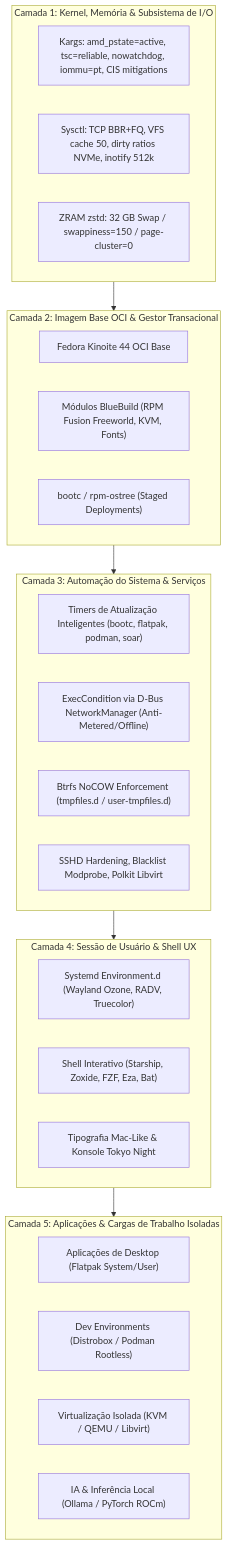
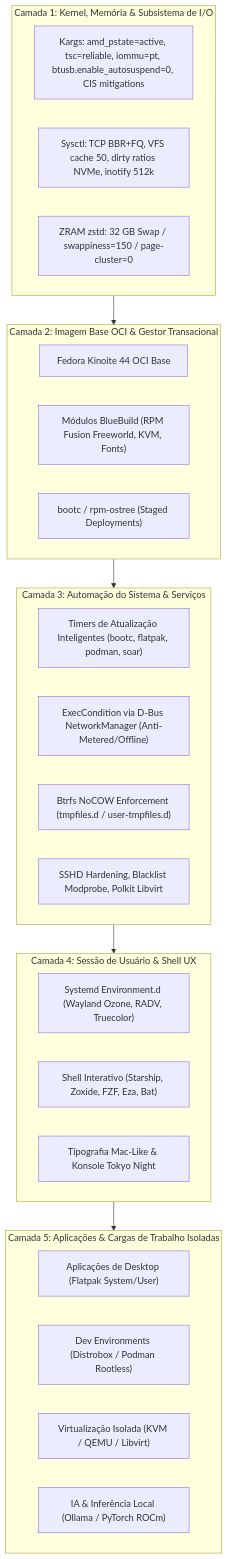
Before and after one commit to jbdsjunior/kinoite-bluebuild: the second of 2 diagrams in docs/TECHNICAL_ARCHITECTURE.md, drawn with Mermaid. The commit also changed other lines of this file and 4 other files, not shown here.

````diff
--- a/docs/TECHNICAL_ARCHITECTURE.md
+++ b/docs/TECHNICAL_ARCHITECTURE.md
@@ -133,39 +133,39 @@
 ```mermaid
 graph TD
     subgraph L5["Camada 5: Aplicações & Cargas de Trabalho Isoladas"]
         APP_FLATPAK["Aplicações de Desktop (Flatpak System/User)"]
         APP_DEV["Dev Environments (Distrobox / Podman Rootless)"]
         APP_VIRT["Virtualização Isolada (KVM / QEMU / Libvirt)"]
         APP_AI["IA & Inferência Local (Ollama / PyTorch ROCm)"]
     end
 
     subgraph L4["Camada 4: Sessão de Usuário & Shell UX"]
         ENV_SESSION["Systemd Environment.d (Wayland Ozone, RADV, Truecolor)"]
         SHELL_UX["Shell Interativo (Starship, Zoxide, FZF, Eza, Bat)"]
         UI_THEME["Tipografia Mac-Like & Konsole Tokyo Night"]
     end
 
     subgraph L3["Camada 3: Automação do Sistema & Serviços"]
         TIMERS["Timers de Atualização Inteligentes (bootc, flatpak, podman, soar)"]
         NET_RESILIENCE["ExecCondition via D-Bus NetworkManager (Anti-Metered/Offline)"]
         TMPFILES["Btrfs NoCOW Enforcement (tmpfiles.d / user-tmpfiles.d)"]
         SYS_HARDEN["SSHD Hardening, Blacklist Modprobe, Polkit Libvirt"]
     end
 
     subgraph L2["Camada 2: Imagem Base OCI & Gestor Transacional"]
         BASE_OS["Fedora Kinoite 44 OCI Base"]
         BLUEBUILD["Módulos BlueBuild (RPM Fusion Freeworld, KVM, Fonts)"]
         BOOTC_ENGINE["bootc / rpm-ostree (Staged Deployments)"]
     end
 
     subgraph L1["Camada 1: Kernel, Memória & Subsistema de I/O"]
-        K_ARGS["Kargs: amd_pstate=active, tsc=reliable, nowatchdog, iommu=pt, CIS mitigations"]
+        K_ARGS["Kargs: amd_pstate=active, tsc=reliable, iommu=pt, btusb.enable_autosuspend=0, CIS mitigations"]
         SYSCTL_TUNE["Sysctl: TCP BBR+FQ, VFS cache 50, dirty ratios NVMe, inotify 512k"]
         ZRAM_GEN["ZRAM zstd: 32 GB Swap / swappiness=150 / page-cluster=0"]
     end
 
     L1 --> L2
     L2 --> L3
     L3 --> L4
     L4 --> L5
 ```
````
